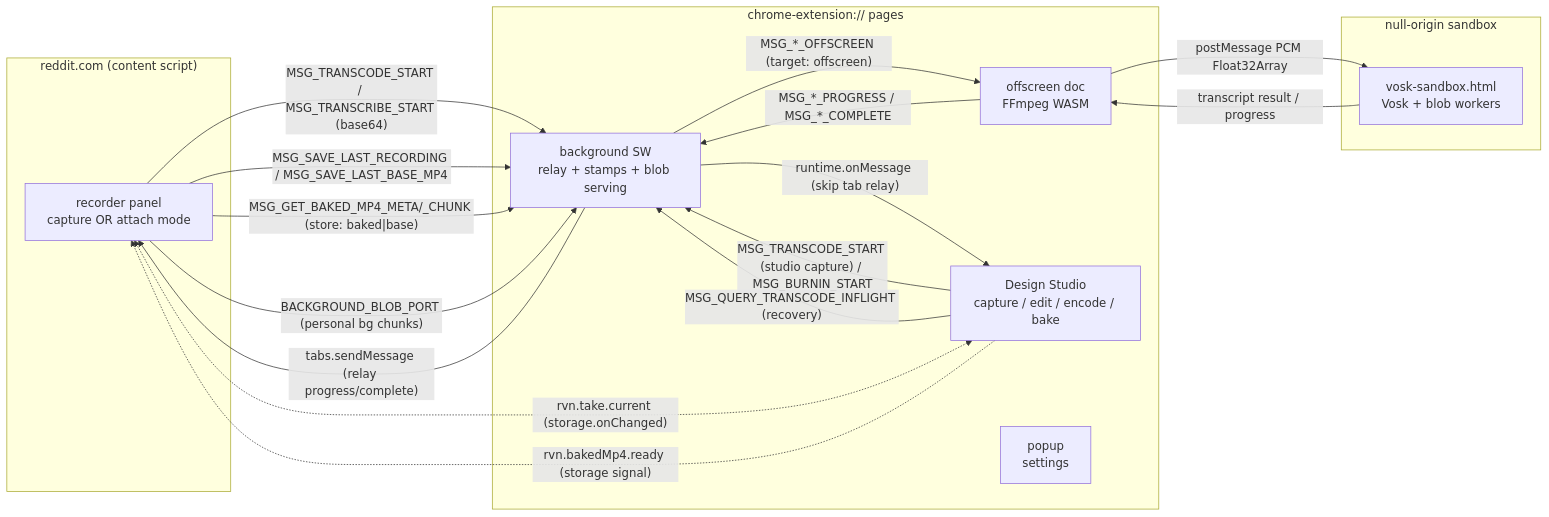
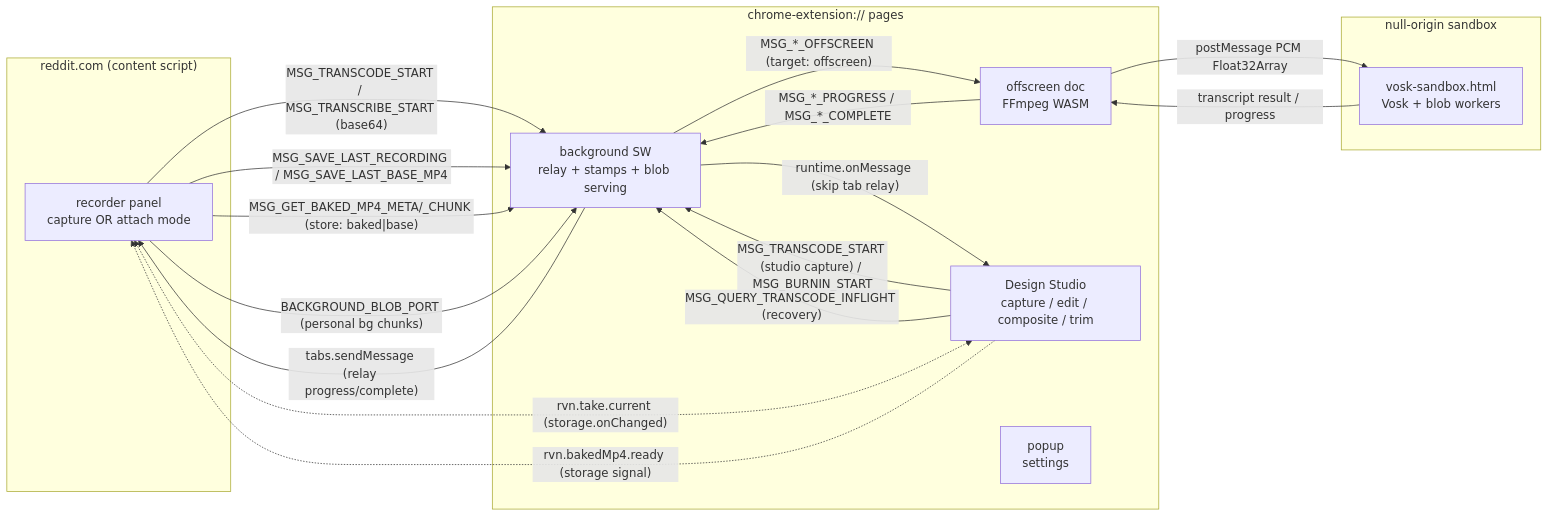
The first of 5 diagrams in docs/architecture/architecture-map.md (bra-khet/reddit-voice-notes-chrome), drawn with Mermaid before and after one commit. The commit also changed other lines of this file and 8 other files, not shown here.

Commit message:
Sprint: architecture hardening refresh through v5.9.0

````diff
--- a/docs/architecture/architecture-map.md
+++ b/docs/architecture/architecture-map.md
@@ -47,30 +48,30 @@
 ```mermaid
 flowchart LR
   subgraph reddit["reddit.com (content script)"]
     CS["recorder panel<br/>capture OR attach mode"]
   end
   subgraph ext["chrome-extension:// pages"]
     BG["background SW<br/>relay + stamps + blob serving"]
     OFF["offscreen doc<br/>FFmpeg WASM"]
-    DS["Design Studio<br/>capture / edit / encode / bake"]
+    DS["Design Studio<br/>capture / edit / composite / trim"]
     POP["popup<br/>settings"]
   end
   subgraph sbx["null-origin sandbox"]
     VOSK["vosk-sandbox.html<br/>Vosk + blob workers"]
   end
 
   CS -- "MSG_TRANSCODE_START / MSG_TRANSCRIBE_START (base64)" --> BG
   CS -- "MSG_SAVE_LAST_RECORDING / MSG_SAVE_LAST_BASE_MP4" --> BG
   CS -- "MSG_GET_BAKED_MP4_META/_CHUNK (store: baked|base)" --> BG
   CS -- "BACKGROUND_BLOB_PORT (personal bg chunks)" --> BG
   BG -- "tabs.sendMessage (relay progress/complete)" --> CS
   BG -- "MSG_*_OFFSCREEN (target: offscreen)" --> OFF
   OFF -- "MSG_*_PROGRESS / MSG_*_COMPLETE" --> BG
   OFF -- "postMessage PCM Float32Array" --> VOSK
   VOSK -- "transcript result / progress" --> OFF
   DS -- "MSG_TRANSCODE_START (studio capture) / MSG_BURNIN_START" --> BG
   DS -- "MSG_QUERY_TRANSCODE_INFLIGHT (recovery)" --> BG
   BG -- "runtime.onMessage (skip tab relay)" --> DS
   DS <-. "rvn.take.current (storage.onChanged)" .-> CS
   DS -. "rvn.bakedMp4.ready (storage signal)" .-> CS
 ```
````
